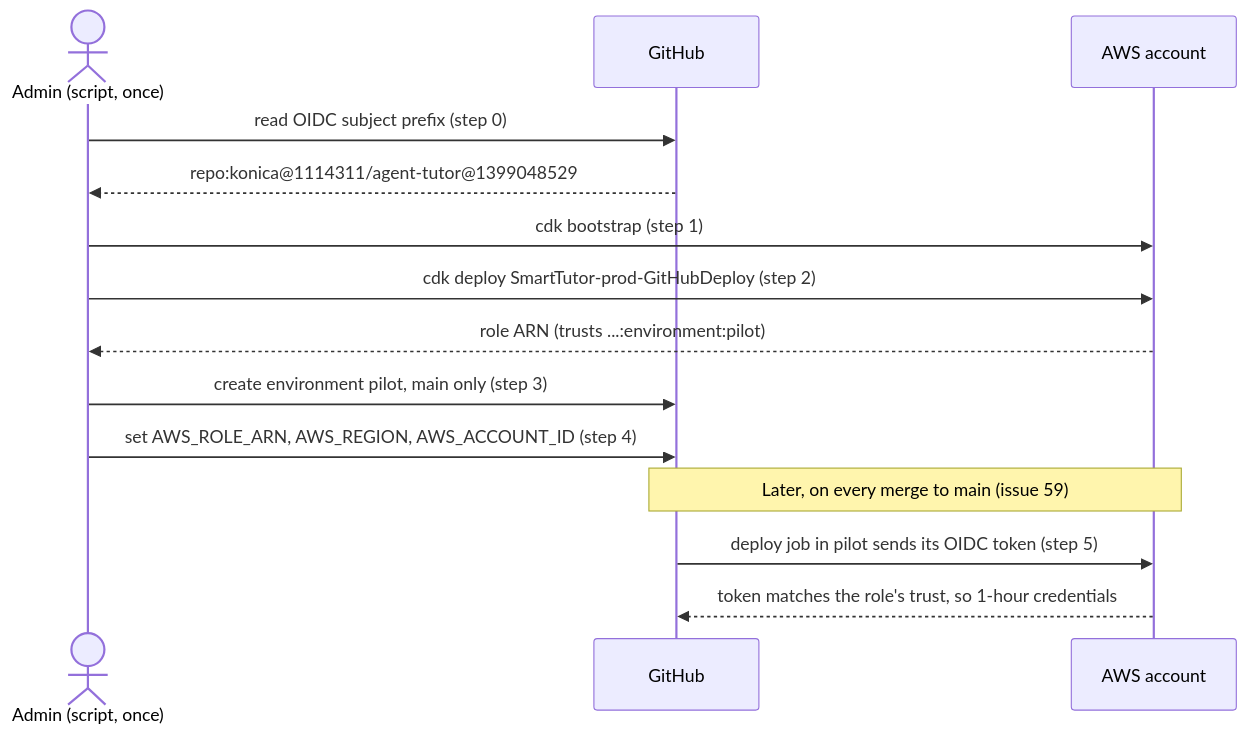
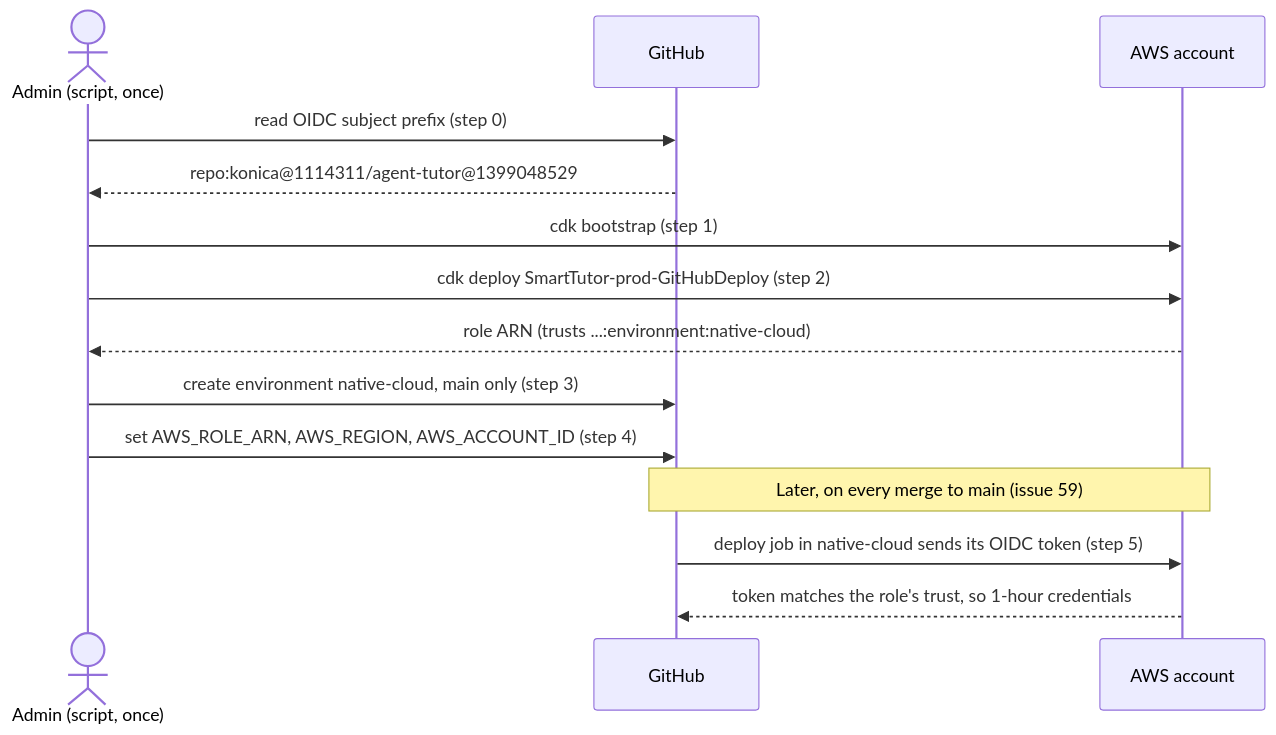
Before and after one commit to konica/agent-tutor: the second of 5 diagrams in docs/runbooks/pilot-environment-overview.md, drawn with Mermaid. The commit also changed other lines of this file and 11 other files, not shown here.

First line of the commit message:
Lead the deploy docs with on-premise; native-cloud is optional (#150)

````diff
--- a/docs/runbooks/pilot-environment-overview.md
+++ b/docs/runbooks/pilot-environment-overview.md
@@ -52,17 +52,17 @@
 ```mermaid
 sequenceDiagram
   actor A as Admin (script, once)
   participant GH as GitHub
   participant AWS as AWS account
 
   A->>GH: read OIDC subject prefix (step 0)
   GH-->>A: repo:konica@1114311/agent-tutor@1399048529
   A->>AWS: cdk bootstrap (step 1)
   A->>AWS: cdk deploy SmartTutor-prod-GitHubDeploy (step 2)
-  AWS-->>A: role ARN (trusts ...:environment:pilot)
-  A->>GH: create environment pilot, main only (step 3)
+  AWS-->>A: role ARN (trusts ...:environment:native-cloud)
+  A->>GH: create environment native-cloud, main only (step 3)
   A->>GH: set AWS_ROLE_ARN, AWS_REGION, AWS_ACCOUNT_ID (step 4)
   Note over GH,AWS: Later, on every merge to main (issue 59)
-  GH->>AWS: deploy job in pilot sends its OIDC token (step 5)
+  GH->>AWS: deploy job in native-cloud sends its OIDC token (step 5)
   AWS-->>GH: token matches the role's trust, so 1-hour credentials
 ```
````
